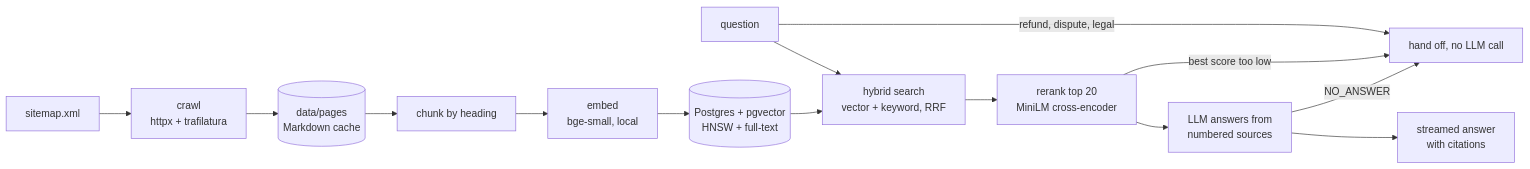
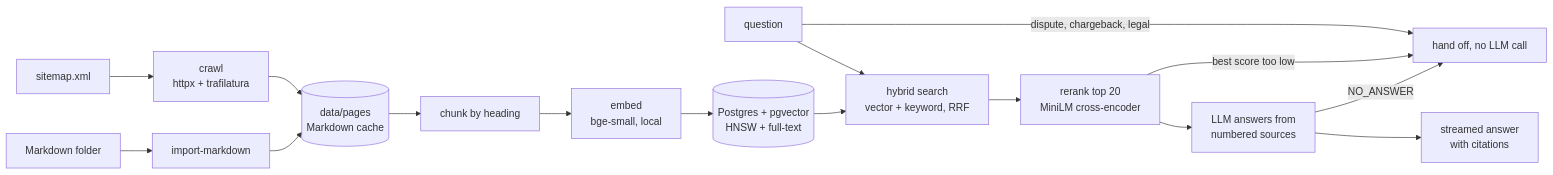
One commit to DecodeDebangi/askdocs changed the diagram in README.md. Above: the diagram before and after it, drawn with Mermaid. The commit also changed other lines of this file and 52 other files, not shown here.

````diff
--- a/README.md
+++ b/README.md
@@ -13,16 +13,18 @@
 ```mermaid
 flowchart LR
   S[sitemap.xml] --> C[crawl<br/>httpx + trafilatura]
+  M[Markdown folder] --> I[import-markdown]
   C --> P[(data/pages<br/>Markdown cache)]
+  I --> P
   P --> K[chunk by heading]
   K --> E[embed<br/>bge-small, local]
   E --> DB[(Postgres + pgvector<br/>HNSW + full-text)]
   Q[question] --> H[hybrid search<br/>vector + keyword, RRF]
   DB --> H
   H --> R[rerank top 20<br/>MiniLM cross-encoder]
-  Q -->|refund, dispute, legal| X
+  Q -->|dispute, chargeback, legal| X
   R -->|best score too low| X[hand off, no LLM call]
   R --> L[LLM answers from<br/>numbered sources]
   L -->|NO_ANSWER| X
   L --> A[streamed answer<br/>with citations]
 ```
````
